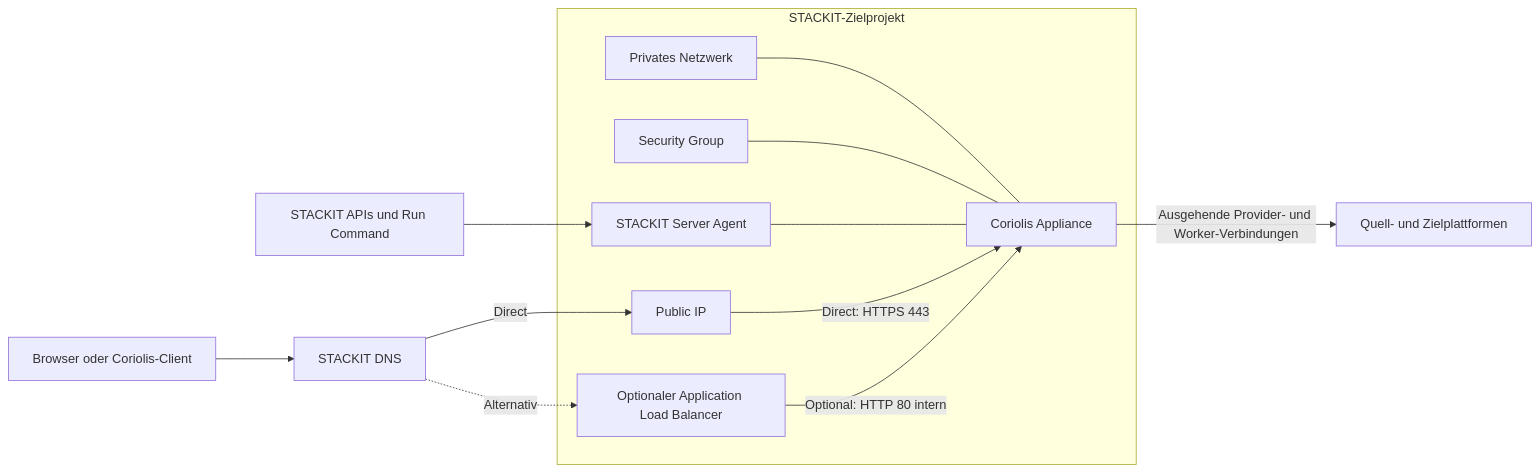
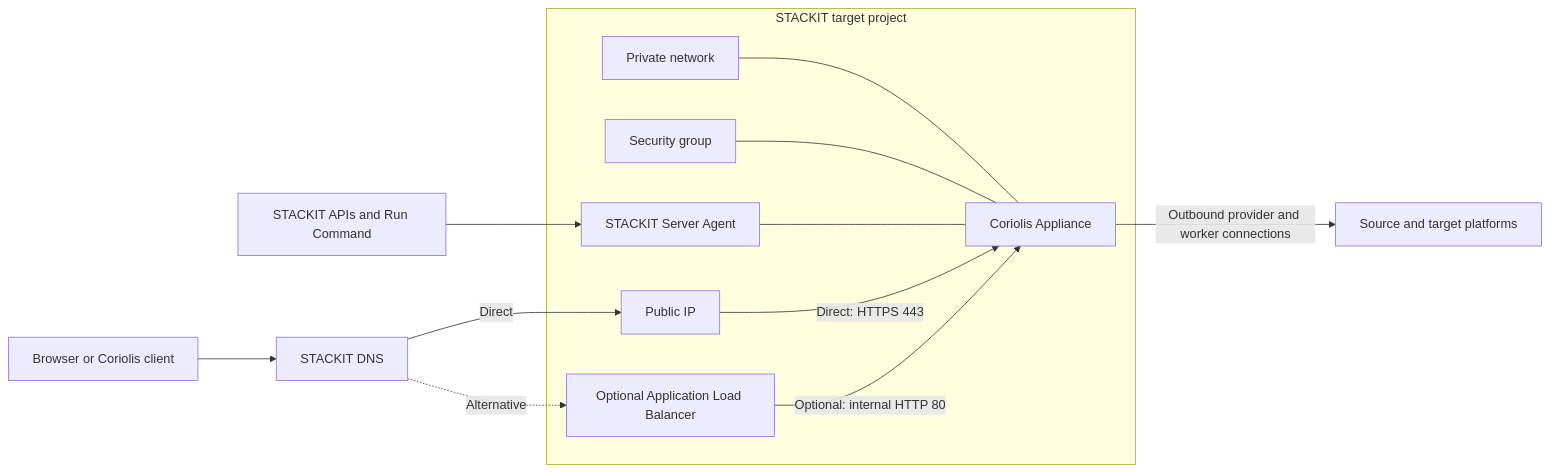
The second of 2 diagrams in README.md (stackitcloud/coriolis-stackit-installer), drawn with Mermaid before and after one commit. The commit also changed other lines of this file and 1 other file, not shown here.

````diff
--- a/README.md
+++ b/README.md
@@ -81,23 +82,23 @@
 ```mermaid
 flowchart LR
-    U["Browser oder Coriolis-Client"] --> DNS["STACKIT DNS"]
+    U["Browser or Coriolis client"] --> DNS["STACKIT DNS"]
 
-    subgraph T["STACKIT-Zielprojekt"]
-        NET["Privates Netzwerk"]
-        SG["Security Group"]
+    subgraph T["STACKIT target project"]
+        NET["Private network"]
+        SG["Security group"]
         VM["Coriolis Appliance"]
         AGENT["STACKIT Server Agent"]
         PIP["Public IP"]
-        ALB["Optionaler Application Load Balancer"]
+        ALB["Optional Application Load Balancer"]
         NET --- VM
         SG --- VM
         AGENT --- VM
         PIP -->|"Direct: HTTPS 443"| VM
-        ALB -->|"Optional: HTTP 80 intern"| VM
+        ALB -->|"Optional: internal HTTP 80"| VM
     end
 
     DNS -->|"Direct"| PIP
-    DNS -.->|"Alternativ"| ALB
-    API["STACKIT APIs und Run Command"] --> AGENT
-    VM -->|"Ausgehende Provider- und Worker-Verbindungen"| CLOUDS["Quell- und Zielplattformen"]
+    DNS -.->|"Alternative"| ALB
+    API["STACKIT APIs and Run Command"] --> AGENT
+    VM -->|"Outbound provider and worker connections"| CLOUDS["Source and target platforms"]
 ```
````
